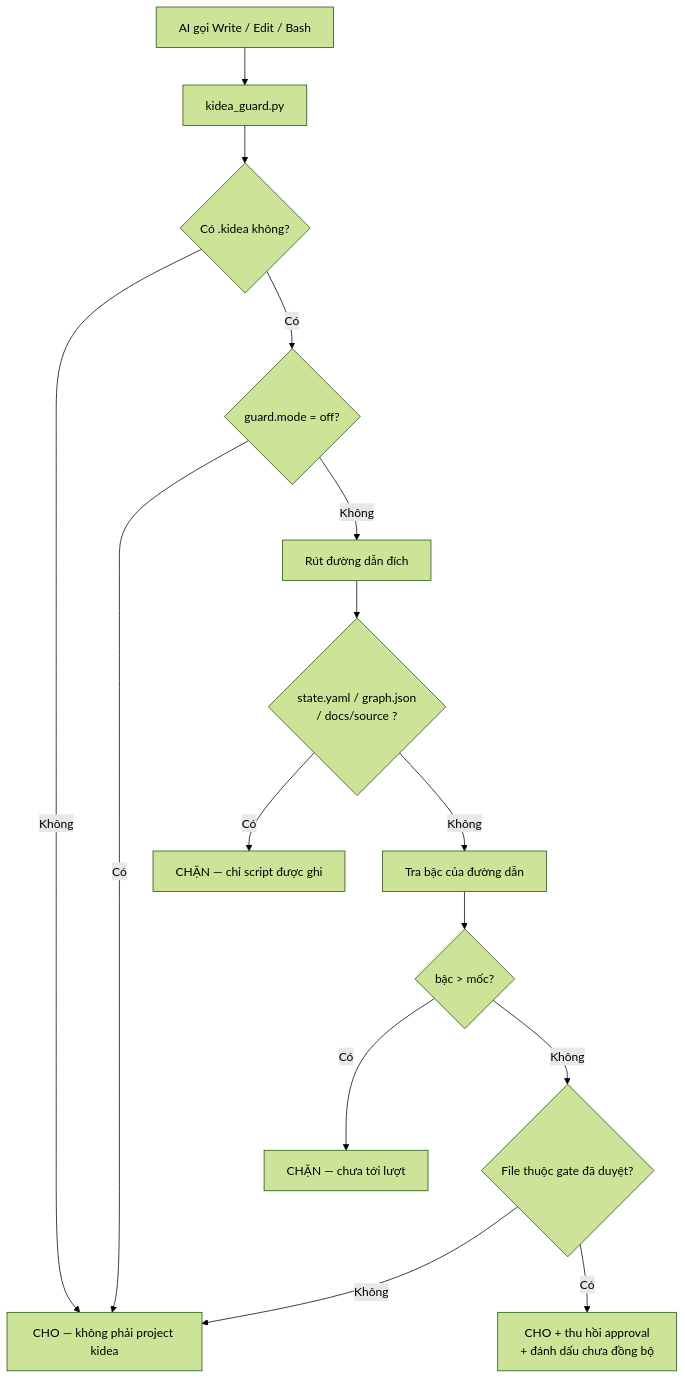
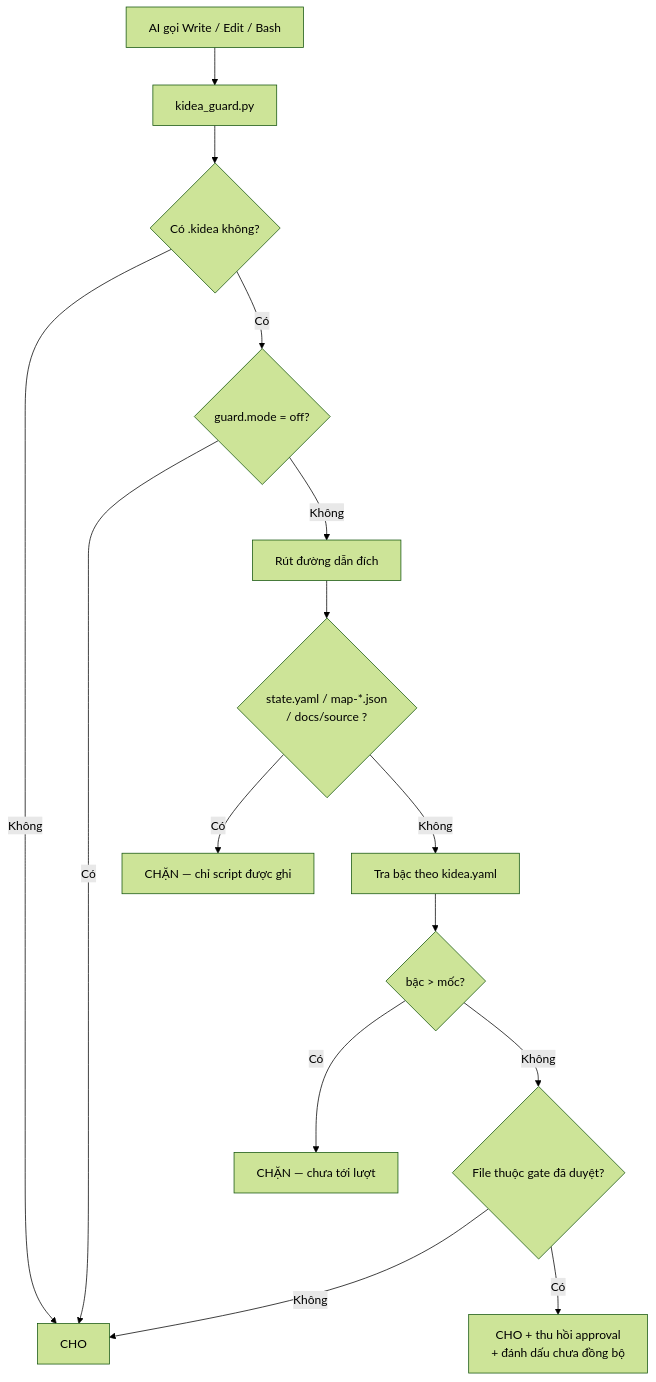
Before and after one commit to Kynderis/kendrick-ai-tools: the sixth of 7 diagrams in design/KIDEA_SPEC.md, drawn with Mermaid (forest theme). The commit also changed other lines of this file and 2 other files, not shown here.

````diff
--- a/design/KIDEA_SPEC.md
+++ b/design/KIDEA_SPEC.md
@@ -443,17 +499,17 @@
 ```mermaid
 flowchart TD
     A["AI gọi Write / Edit / Bash"] --> B["kidea_guard.py"]
     B --> C{"Có .kidea không?"}
-    C -- "Không" --> Z["CHO — không phải project kidea"]
+    C -- "Không" --> Z["CHO"]
     C -- "Có" --> D{"guard.mode = off?"}
     D -- "Có" --> Z
     D -- "Không" --> E["Rút đường dẫn đích"]
-    E --> F{"state.yaml / graph.json<br/>/ docs/source ?"}
+    E --> F{"state.yaml / map-*.json<br/>/ docs/source ?"}
     F -- "Có" --> X1["CHẶN — chỉ script được ghi"]
-    F -- "Không" --> G["Tra bậc của đường dẫn"]
+    F -- "Không" --> G["Tra bậc theo kidea.yaml"]
     G --> H{"bậc > mốc?"}
     H -- "Có" --> X2["CHẶN — chưa tới lượt"]
     H -- "Không" --> I{"File thuộc gate đã duyệt?"}
     I -- "Không" --> Z
     I -- "Có" --> J["CHO + thu hồi approval<br/>+ đánh dấu chưa đồng bộ"]
 ```
````
